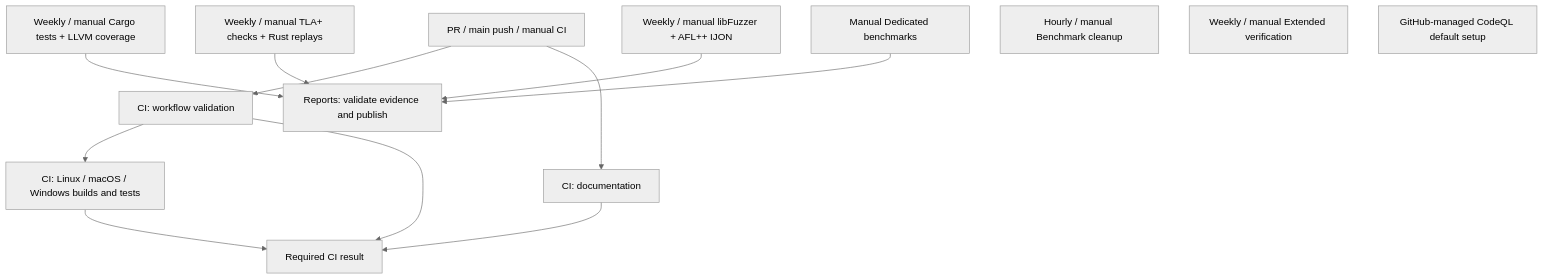
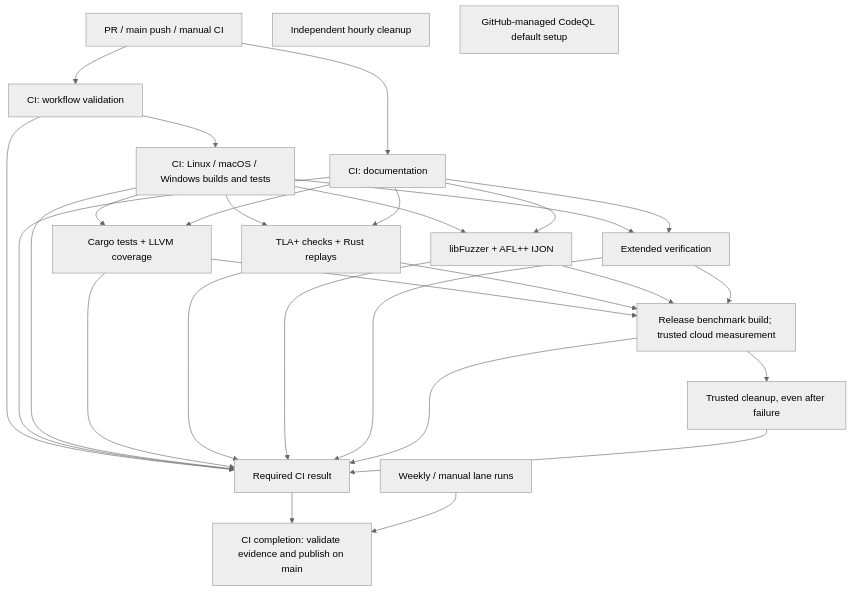
Before and after one commit to DericHuynh/capntproto: the diagram in docs/wiki/Quality-and-Benchmarks.md, drawn with Mermaid (neutral theme). The commit also changed other lines of this file and 22 other files, not shown here.

````diff
--- a/docs/wiki/Quality-and-Benchmarks.md
+++ b/docs/wiki/Quality-and-Benchmarks.md
@@ -82,16 +98,18 @@
 ```mermaid
 flowchart TD
   event[PR / main push / manual CI] --> checks[CI: workflow validation]
   event --> docs[CI: documentation]
   checks --> platforms[CI: Linux / macOS / Windows builds and tests]
-  checks --> result[Required CI result]
-  docs --> result
-  platforms --> result
-  cargo[Weekly / manual Cargo tests + LLVM coverage] --> publish[Reports: validate evidence and publish]
-  models[Weekly / manual TLA+ checks + Rust replays] --> publish
-  fuzz[Weekly / manual libFuzzer + AFL++ IJON] --> publish
-  benchmark[Manual Dedicated benchmarks] --> publish
-  cleanup[Hourly / manual Benchmark cleanup]
-  extended[Weekly / manual Extended verification]
+  platforms --> cargo[Cargo tests + LLVM coverage]
+  platforms --> models[TLA+ checks + Rust replays]
+  platforms --> fuzz[libFuzzer + AFL++ IJON]
+  platforms --> extended[Extended verification]
+  docs --> cargo & models & fuzz & extended
+  cargo & models & fuzz & extended --> benchmark[Release benchmark build; trusted cloud measurement]
+  benchmark --> cleanup[Trusted cleanup, even after failure]
+  checks & docs & platforms & cargo & models & fuzz & extended & benchmark & cleanup --> result[Required CI result]
+  result --> publish[CI completion: validate evidence and publish on main]
+  standalone[Weekly / manual lane runs] --> publish
+  janitor[Independent hourly cleanup]
   codeql[GitHub-managed CodeQL default setup]
 ```
````
